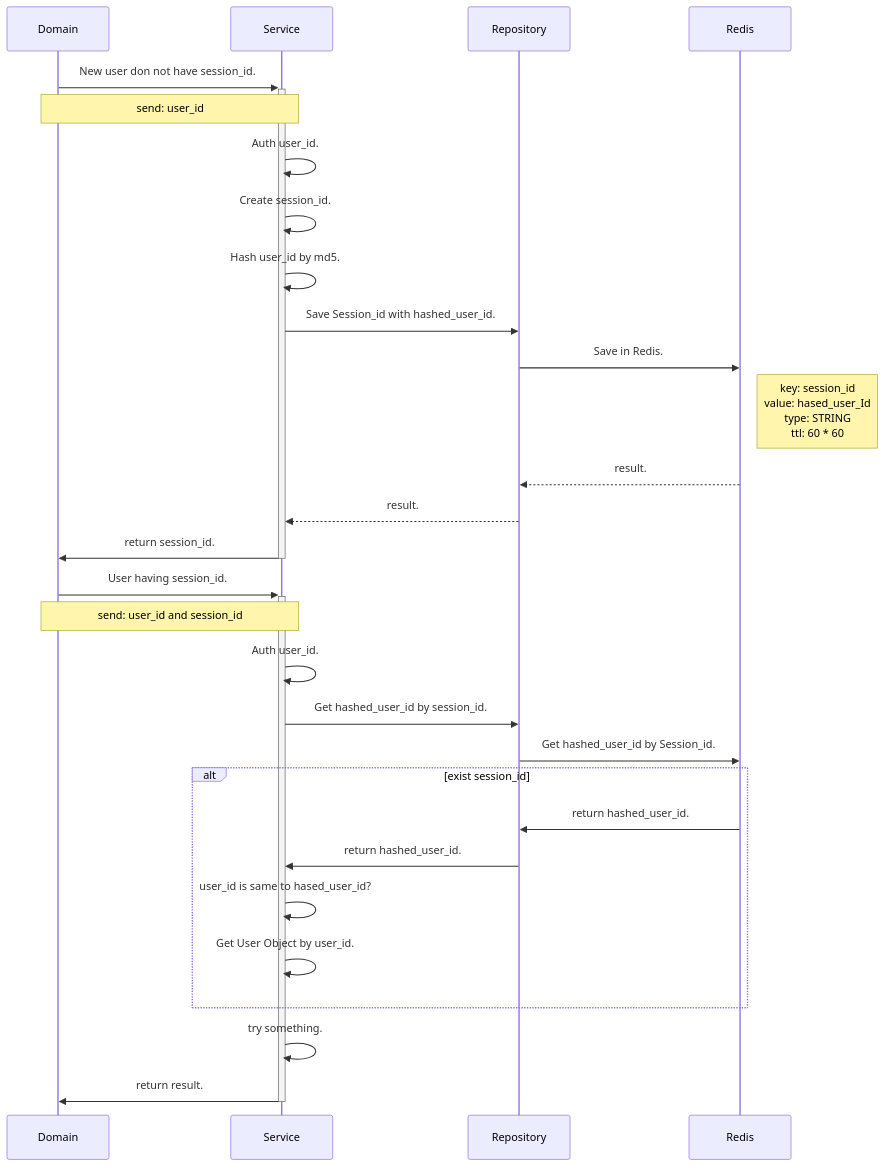
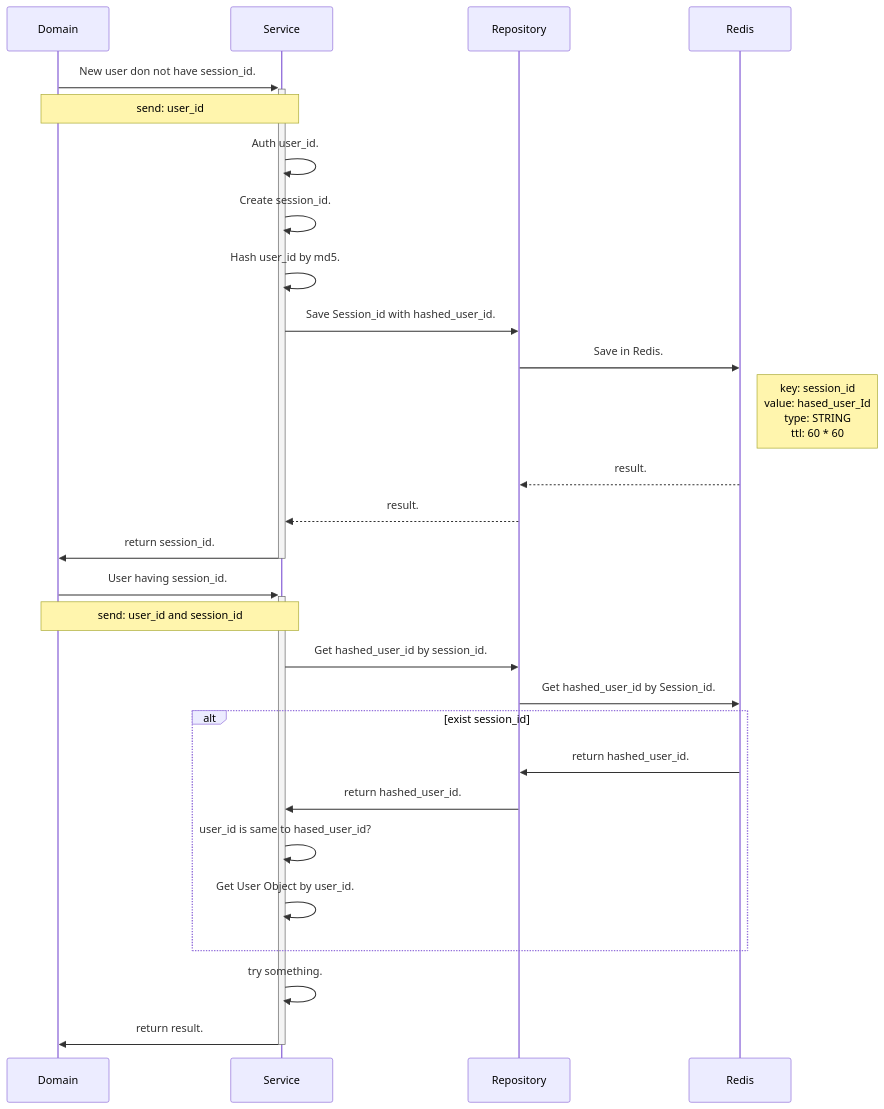
Before and after one commit to yutakasugiura/redis_learning: the diagram in README.md, drawn with Mermaid. The commit also changed 1 other file, not shown here.

Commit message:
add: hash

````diff
--- a/README.md
+++ b/README.md
@@ -33,32 +33,31 @@
 ```mermaid
 sequenceDiagram
     participant Domain
     participant Service
     participant Repository
     participant Redis
     Domain->>+Service: New user don not have session_id. 
       Note over Domain, Service: send: user_id
     Service->>Service: Auth user_id.
     Service->>Service: Create session_id.
     Service->>Service: Hash user_id by md5.
     Service->>Repository: Save Session_id with hashed_user_id.
     Repository->>Redis: Save in Redis.
      Note right of Redis: key: session_id<br>value: hased_user_Id <br>type: STRING<br> ttl: 60 * 60
     Redis-->>Repository: result.
     Repository-->>Service: result.
     Service->>-Domain: return session_id.
 
     Domain->>+Service: User having session_id.
       Note over Domain, Service: send: user_id and session_id
-    Service->>Service: Auth user_id.
     Service->>Repository: Get hashed_user_id by session_id.
     Repository->>Redis: Get hashed_user_id by Session_id.
     alt exist session_id
       Redis->>Repository: return hashed_user_id.
       Repository->>Service: return hashed_user_id.
       Service->>Service: user_id is same to hased_user_id?
       Service->>Service: Get User Object by user_id.
     end
     Service->>Service: try something.
     Service->>-Domain: return result.
 ```
````
